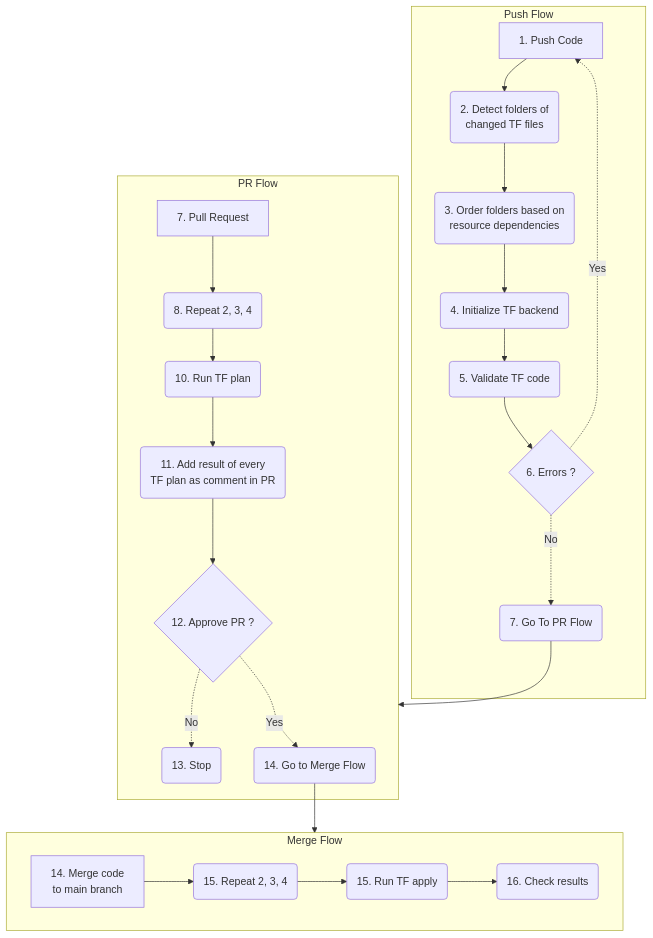
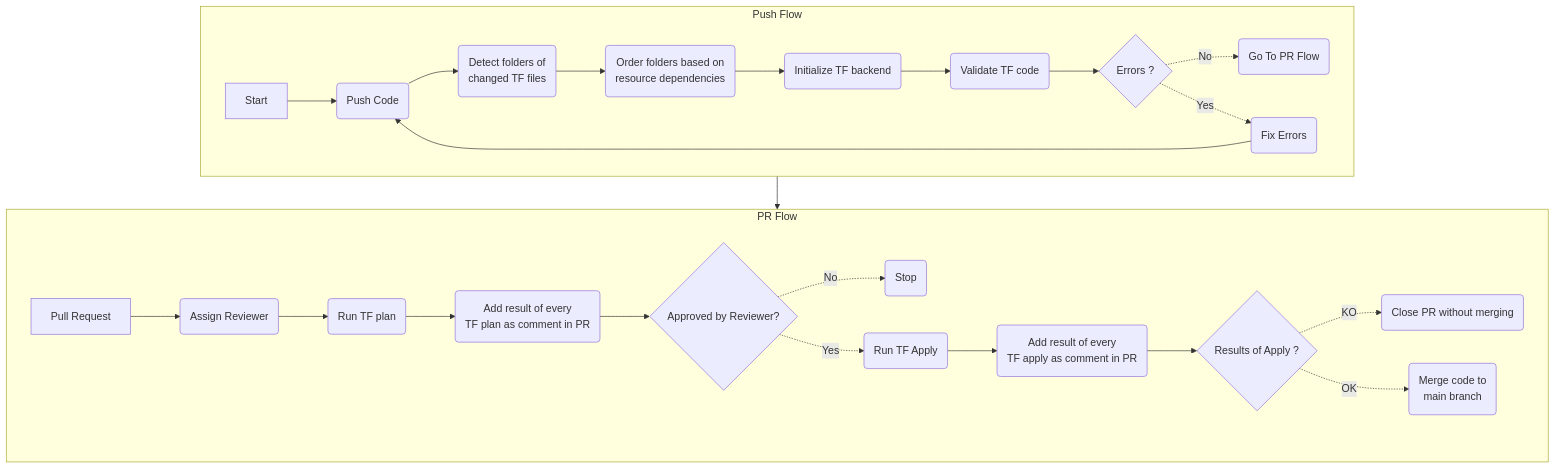
Before and after one commit to bjakym/azure_cicd_test: the diagram in doc/Automatic_WF.md, drawn with Mermaid.

````diff
--- a/doc/Automatic_WF.md
+++ b/doc/Automatic_WF.md
@@ -5,33 +5,32 @@
 ```mermaid
 flowchart TD
 %% https://en.wikipedia.org/wiki/Flowchart
 %% https://mermaid.js.org/syntax/flowchart.html
-A7 --> B["PR Flow"]
-B8 --> C["Merge Flow"]
+A["Push Flow"] --> B["PR Flow"] 
+
+subgraph B["PR Flow"]
+    direction LR
+    B1[Pull Request] --> B2(Assign Reviewer)
+    B2 --> B3(Run TF plan)
+    B3 --> B4(Add result of every\nTF plan as comment in PR)
+    B4 --> B5{Approved by Reviewer?}
+    B5 .-> |No| B6(Stop)
+    B5 .-> |Yes| B7(Run TF Apply)
+    B7 --> B8(Add result of every\nTF apply as comment in PR)
+    B8 --> B9{Results of Apply ?}
+    B9 .-> |KO| B11(Close PR without merging)
+    B9 .-> |OK| B10(Merge code to\nmain branch)  
+end
 
 subgraph A["Push Flow"]
-    A1[1. Push Code] --> A2(2. Detect folders of\nchanged TF files)
-    A2 --> A3(3. Order folders based on\nresource dependencies)
-    A3 --> A4(4. Initialize TF backend)
-    A4 --> A5(5. Validate TF code)
-    A5 --> A6{6. Errors ?}
-    A6 .-> |No| A7(7. Go To PR Flow)
-    A6 .-> |Yes| A1
-end
-
-subgraph B["PR Flow"]
-    B1[7. Pull Request] --> B2(8. Repeat 2, 3, 4)
-    B2 --> B3(10. Run TF plan)
-    B3 --> B4(11. Add result of every\nTF plan as comment in PR)
-    B4 --> B5{12. Approve PR ?}
-    B5 .-> |No| B6(13. Stop)
-    B5 .-> |Yes| B8(14. Go to Merge Flow)
-end
-
-subgraph C["Merge Flow"]
-    direction LR
-    C1[14. Merge code\nto main branch] --> C2(15. Repeat 2, 3, 4)
-    C2 --> C3(15. Run TF apply)
-    C3 --> C4(16. Check results) 
+    A0[Start] --> A1(Push Code)
+    A1 --> A2(Detect folders of\nchanged TF files)
+    A2 --> A3(Order folders based on\nresource dependencies)
+    A3 --> A4(Initialize TF backend)
+    A4 --> A5(Validate TF code)
+    A5 --> A6{Errors ?}
+    A6 .-> |No| A8(Go To PR Flow)
+    A6 .-> |Yes| A7(Fix Errors)
+    A7 --> A1
 end
 ```
````
